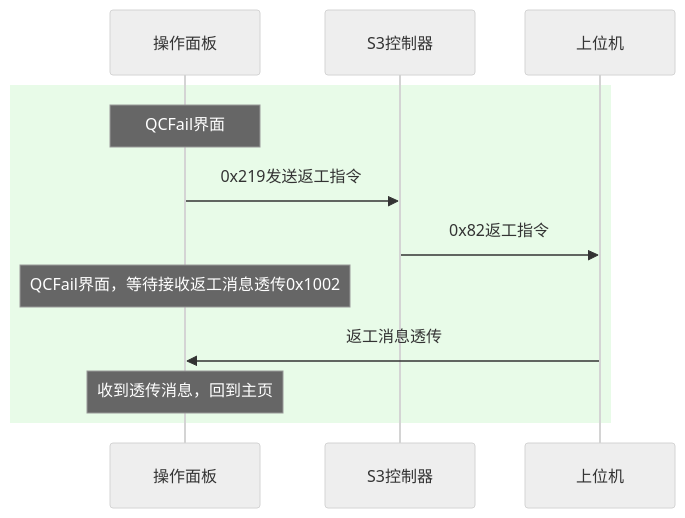
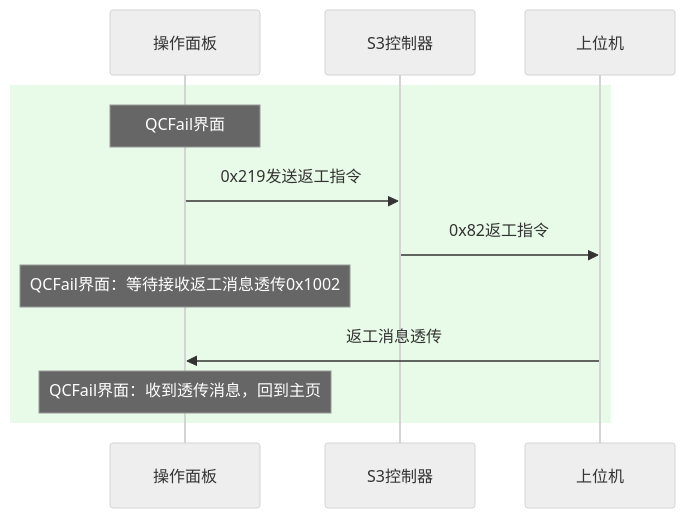
One commit to Siaiai/ObsidianNote changed the first of 3 diagrams in 工作/项目/代码/260413返工确认.md. Above: the diagram before and after it, drawn with Mermaid (neutral theme). The commit also changed other lines of this file and 1 other file, not shown here.

````diff
--- a/工作/项目/代码/260413返工确认.md
+++ b/工作/项目/代码/260413返工确认.md
@@ -20,14 +20,14 @@
 ```mermaid
 sequenceDiagram
     participant 面板 as 操作面板
     participant 控制器 as S3控制器
     participant 上位机 as 上位机
     rect rgba(180, 240, 180, 0.3) # 外层绿色区块
     note over 面板:QCFail界面
 	面板   ->> 控制器: 0x219发送返工指令
 	控制器 ->> 上位机: 0x82返工指令
-	note over 面板:QCFail界面，等待接收返工消息透传0x1002
+	note over 面板:QCFail界面：等待接收返工消息透传0x1002
 	上位机 ->> 面板: 返工消息透传
-	note over 面板:收到透传消息，回到主页
+	note over 面板:QCFail界面：收到透传消息，回到主页
 	 end
 ```
````
